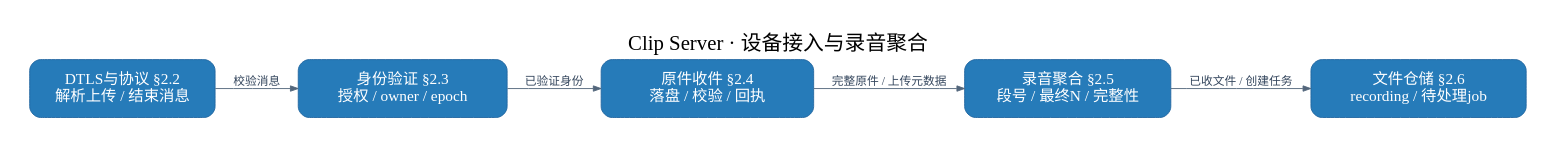
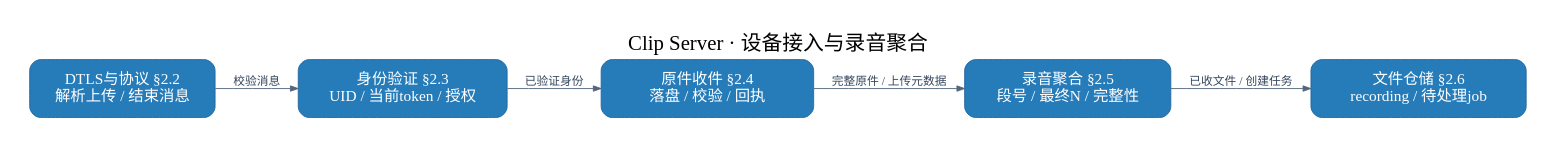
Before and after one commit to boboliu-1010/speaker: the diagram in docs/assets/diagrams/09a-clip-ingest.dot, drawn with Graphviz. The commit also changed 9 other files, not shown here.

```diff
--- a/docs/assets/diagrams/09a-clip-ingest.dot
+++ b/docs/assets/diagrams/09a-clip-ingest.dot
@@ -1,14 +1,14 @@
 digraph G {
 graph [rankdir=LR, bgcolor="white", pad="0.35", nodesep="0.4", ranksep="0.55", splines=line, fontname="PingFang SC", fontsize=23, labelloc=t, label="Clip Server · 设备接入与录音聚合"];
 node [shape=box, style="rounded,filled", fillcolor="#267bb9", color="#2366a0", fontcolor=white, fontname="PingFang SC", fontsize=17, margin="0.22,0.18"];
 edge [fontname="PingFang SC", fontsize=13, color="#53667c", fontcolor="#34465d", arrowsize=0.85];
 n0 [width=2.85, label="DTLS与协议 §2.2\n解析上传 / 结束消息"];
-n1 [width=3.21, label="身份验证 §2.3\n授权 / owner / epoch"];
+n1 [width=3.21, label="身份验证 §2.3\nUID / 当前token / 授权"];
 n2 [width=3.26, label="原件收件 §2.4\n落盘 / 校验 / 回执"];
 n3 [width=3.16, label="录音聚合 §2.5\n段号 / 最终N / 完整性"];
 n4 [width=3.31, label="文件仓储 §2.6\nrecording / 待处理job"];
 n0 -> n1 [label="校验消息"];
 n1 -> n2 [label="已验证身份"];
 n2 -> n3 [label="完整原件 / 上传元数据"];
 n3 -> n4 [label="已收文件 / 创建任务"];
 }
```
